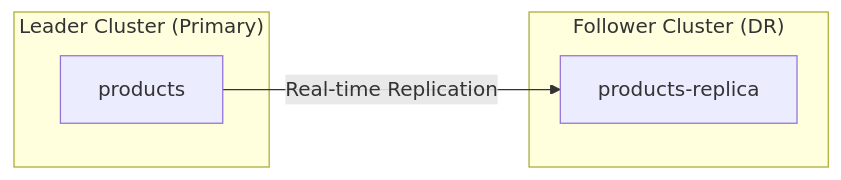
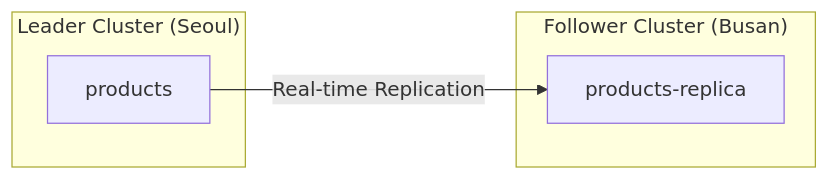
One commit to advanced-beginner/advanced-beginner.github.io changed the third of 5 diagrams in content/en/docs/elasticsearch/concepts/high-availability.md. Above: the diagram before and after it, drawn with Mermaid. The commit also changed other lines of this file and 21 other files, not shown here.

````diff
--- a/content/en/docs/elasticsearch/concepts/high-availability.md
+++ b/content/en/docs/elasticsearch/concepts/high-availability.md
@@ -209,11 +209,11 @@
 ```mermaid
 flowchart LR
-    subgraph Leader["Leader Cluster (Primary)"]
+    subgraph Leader["Leader Cluster (Seoul)"]
         L[products]
     end
-    subgraph Follower["Follower Cluster (DR)"]
+    subgraph Follower["Follower Cluster (Busan)"]
         F[products-replica]
     end
 
     L -->|Real-time Replication| F
 ```
````
